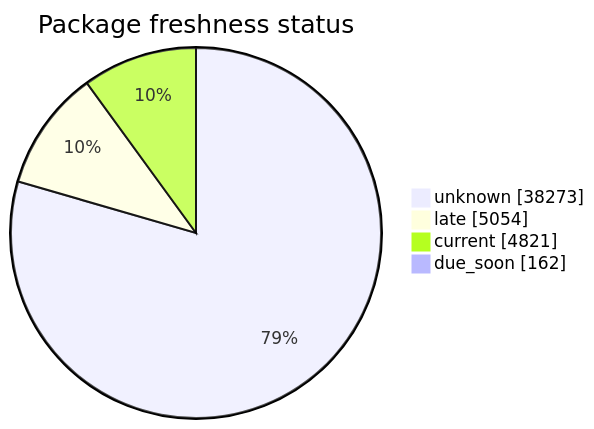
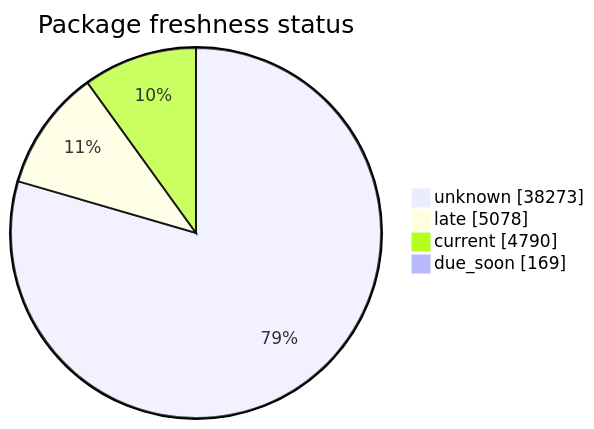
Before and after one commit to open-data/analytics-corporate-reporting: the second of 5 diagrams in FreshCheck/README.md, drawn with Mermaid. The commit also changed other lines of this file and 3 other files, not shown here.

````diff
--- a/FreshCheck/README.md
+++ b/FreshCheck/README.md
@@ -68,7 +68,7 @@
 ```mermaid
 pie showData title Package freshness status
     "unknown": 38273
-    "late": 5054
-    "current": 4821
-    "due_soon": 162
+    "late": 5078
+    "current": 4790
+    "due_soon": 169
 ```
````
